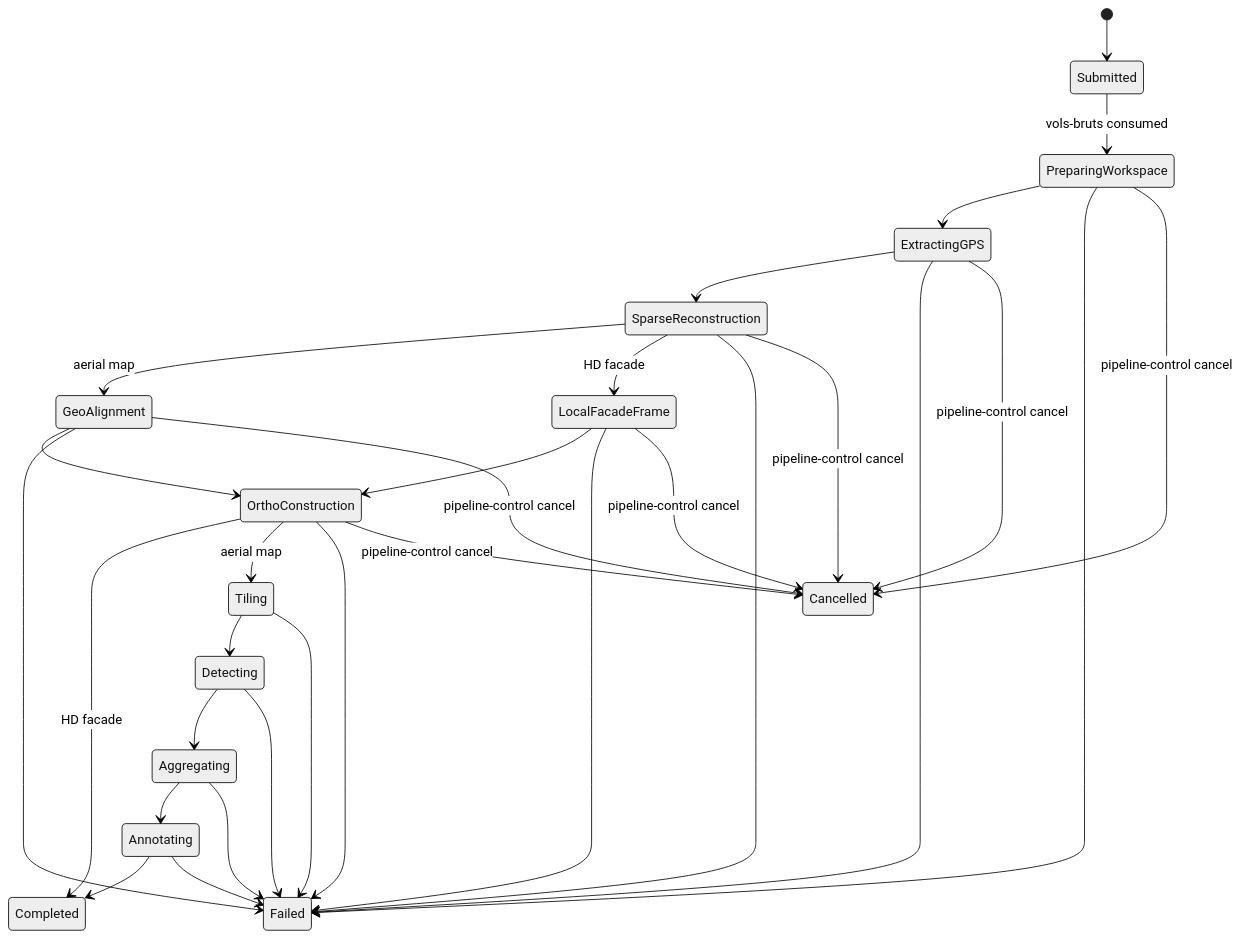
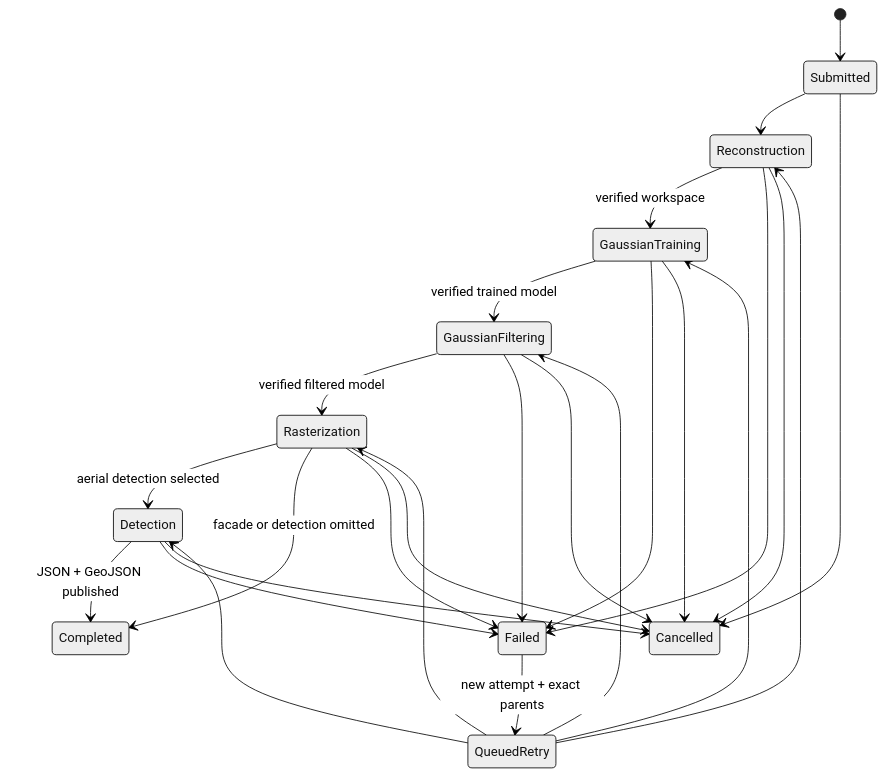
Before and after one commit to olivelb/DroneAI: the second of 7 diagrams in DOCUMENTATION.md, drawn with Mermaid (neutral theme). The commit also changed other lines of this file and 15 other files, not shown here.

````diff
--- a/DOCUMENTATION.md
+++ b/DOCUMENTATION.md
@@ -1034,35 +1047,31 @@
 ```mermaid
 stateDiagram-v2
     [*] --> Submitted
-    Submitted --> PreparingWorkspace: vols-bruts consumed
-    PreparingWorkspace --> ExtractingGPS
-    ExtractingGPS --> SparseReconstruction
-    SparseReconstruction --> GeoAlignment: aerial map
-    SparseReconstruction --> LocalFacadeFrame: HD facade
-    GeoAlignment --> OrthoConstruction
-    LocalFacadeFrame --> OrthoConstruction
-    OrthoConstruction --> Completed: HD facade
-    OrthoConstruction --> Tiling: aerial map
-    Tiling --> Detecting
-    Detecting --> Aggregating
-    Aggregating --> Annotating
-    Annotating --> Completed
+    Submitted --> Reconstruction
+    Reconstruction --> GaussianTraining: verified workspace
+    GaussianTraining --> GaussianFiltering: verified trained model
+    GaussianFiltering --> Rasterization: verified filtered model
+    Rasterization --> Detection: aerial detection selected
+    Rasterization --> Completed: facade or detection omitted
+    Detection --> Completed: JSON + GeoJSON published
 
-    PreparingWorkspace --> Failed
-    ExtractingGPS --> Failed
-    SparseReconstruction --> Failed
-    GeoAlignment --> Failed
-    LocalFacadeFrame --> Failed
-    OrthoConstruction --> Failed
-    Tiling --> Failed
-    Detecting --> Failed
-    Aggregating --> Failed
-    Annotating --> Failed
+    Reconstruction --> Failed
+    GaussianTraining --> Failed
+    GaussianFiltering --> Failed
+    Rasterization --> Failed
+    Detection --> Failed
 
-    PreparingWorkspace --> Cancelled: pipeline-control cancel
-    ExtractingGPS --> Cancelled: pipeline-control cancel
-    SparseReconstruction --> Cancelled: pipeline-control cancel
-    GeoAlignment --> Cancelled: pipeline-control cancel
-    LocalFacadeFrame --> Cancelled: pipeline-control cancel
-    OrthoConstruction --> Cancelled: pipeline-control cancel
+    Failed --> QueuedRetry: new attempt + exact parents
+    QueuedRetry --> Reconstruction
+    QueuedRetry --> GaussianTraining
+    QueuedRetry --> GaussianFiltering
+    QueuedRetry --> Rasterization
+    QueuedRetry --> Detection
+
+    Submitted --> Cancelled
+    Reconstruction --> Cancelled
+    GaussianTraining --> Cancelled
+    GaussianFiltering --> Cancelled
+    Rasterization --> Cancelled
+    Detection --> Cancelled
 ```
````
